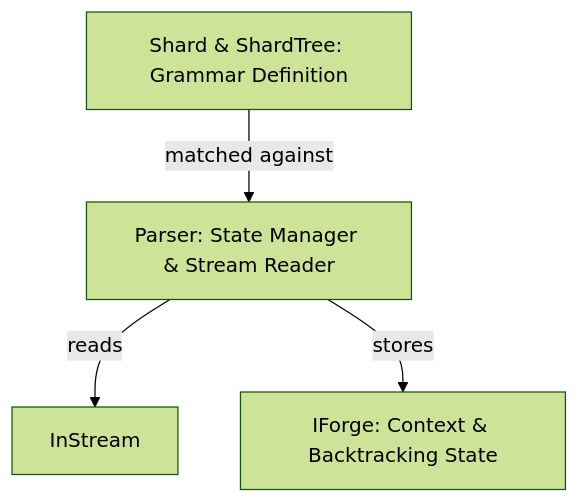
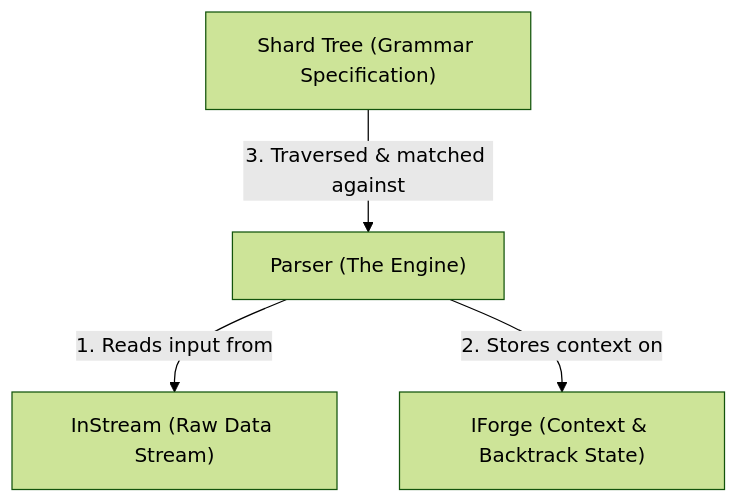
One commit to jswarup/Kosh changed the diagram in wiki/SegueArch.md. Above: the diagram before and after it, drawn with Mermaid (forest theme). The commit also changed other lines of this file, not shown here.

````diff
--- a/wiki/SegueArch.md
+++ b/wiki/SegueArch.md
@@ -20,10 +21,11 @@
 ```mermaid
 graph TD
-    Parser["Parser: State Manager & Stream Reader"]
-    Forge["IForge: Context & Backtracking State"]
-    Shard["Shard & ShardTree: Grammar Definition"]
+    Parser["Parser (The Engine)"]
+    IForge["IForge (Context & Backtrack State)"]
+    ShardTree["Shard Tree (Grammar Specification)"]
+    InStream["InStream (Raw Data Stream)"]
 
-    Parser -->|reads| InStream
-    Parser -->|stores| Forge
-    Shard -->|matched against| Parser
+    Parser -->|1. Reads input from| InStream
+    Parser -->|2. Stores context on| IForge
+    ShardTree -->|3. Traversed & matched against| Parser
 ```
````
